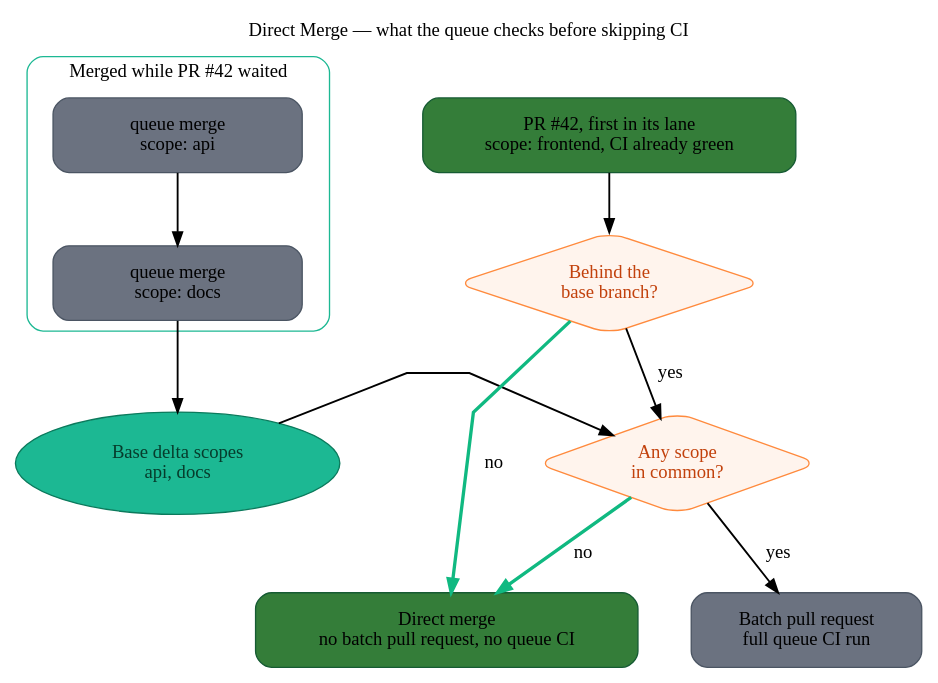
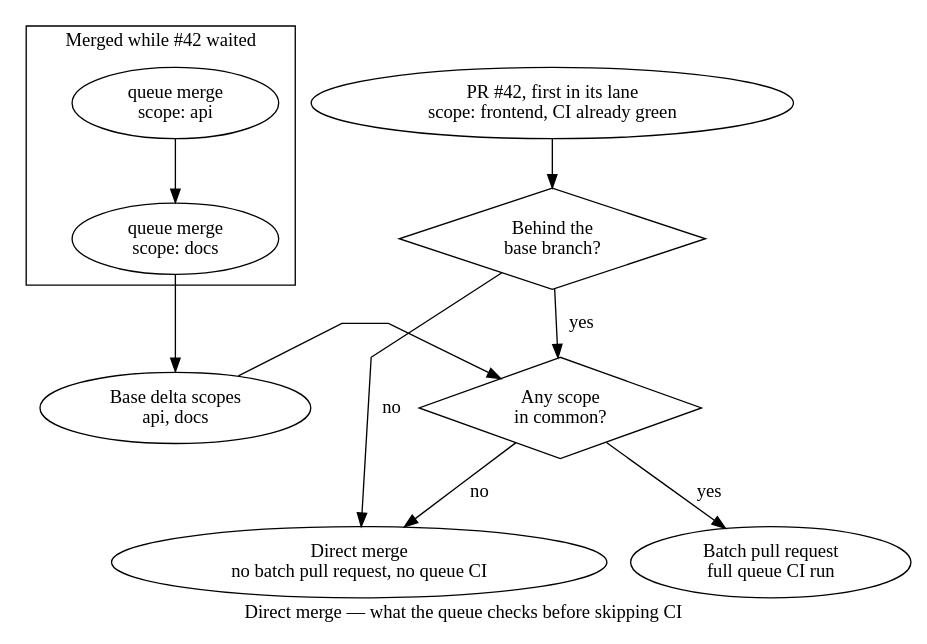
One commit to Mergifyio/docs changed the diagram in src/content/docs/merge-queue/direct-merge.mdx. Above: the diagram before and after it, drawn with Graphviz. The commit also changed 20 other files, not shown here.

````diff
--- a/src/content/docs/merge-queue/direct-merge.mdx
+++ b/src/content/docs/merge-queue/direct-merge.mdx
@@ -30,51 +30,34 @@
-```dot class="graph"
-strict digraph {
-  rankdir="TB";
-  label="Direct Merge — what the queue checks before skipping CI";
-  labelloc="t";
-  nodesep=0.55;
-  ranksep=0.6;
+```dot class="flow"
+digraph {
+  label="Direct merge — what the queue checks before skipping CI";
   splines=polyline;
 
-  node [shape=box, style="rounded,filled", margin="0.28,0.18"];
-  edge [penwidth=1.4];
-
   subgraph cluster_base {
-    style="rounded";
-    color="#1CB893";
-    label="Merged while PR #42 waited";
-
-    M1 [label="queue merge\nscope: api", fillcolor="#6B7280", color="#4B5563", width=2.6];
-    M2 [label="queue merge\nscope: docs", fillcolor="#6B7280", color="#4B5563", width=2.6];
+    class="batch";
+    label="Merged while #42 waited";
+    M1 [label="queue merge\nscope: api", class="muted"];
+    M2 [label="queue merge\nscope: docs", class="muted"];
     M1 -> M2;
   }
 
-  DELTA [shape=oval, margin="0.3,0.16", fillcolor="#1CB893", fontcolor="#063C2C",
-         color="#0B7A5C", label="Base delta scopes\napi, docs"];
+  DELTA [label="Base delta scopes\napi, docs", shape=oval, class="config"];
+  PR [label="PR #42, first in its lane\nscope: frontend, CI already green", class="queued"];
 
-  PR [label="PR #42, first in its lane\nscope: frontend, CI already green",
-      fillcolor="#347D39", color="#165B33"];
+  Q1 [label="Behind the\nbase branch?", shape=diamond, margin="0.14,0.06", class="pending"];
+  Q2 [label="Any scope\nin common?", shape=diamond, margin="0.14,0.06", class="pending"];
 
-  Q1 [shape=diamond, margin="0.14,0.06", fillcolor="#FFF4ED", color="#FF8A3D",
-      fontcolor="#C2410C", label="Behind the\nbase branch?"];
-
-  Q2 [shape=diamond, margin="0.14,0.06", fillcolor="#FFF4ED", color="#FF8A3D",
-      fontcolor="#C2410C", label="Any scope\nin common?"];
-
-  DIRECT [label="Direct merge\nno batch pull request, no queue CI",
-          fillcolor="#347D39", color="#165B33"];
-  QUEUE [label="Batch pull request\nfull queue CI run",
-         fillcolor="#6B7280", color="#4B5563"];
+  DIRECT [label="Direct merge\nno batch pull request, no queue CI", class="merged"];
+  QUEUE [label="Batch pull request\nfull queue CI run", class="muted"];
 
   M2 -> DELTA;
   PR -> Q1;
-  Q1 -> DIRECT [label="  no", color="#10B981", penwidth=2.5];
+  Q1 -> DIRECT [label="  no", class="merged"];
   Q1 -> Q2 [label="  yes"];
   DELTA -> Q2;
-  Q2 -> DIRECT [label="  no", color="#10B981", penwidth=2.5];
+  Q2 -> DIRECT [label="  no", class="merged"];
   Q2 -> QUEUE [label="  yes"];
 
   { rank=same; Q2; DELTA; }
   { rank=same; DIRECT; QUEUE; }
 }
 ```
````
